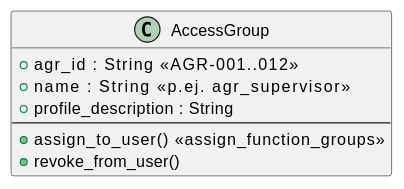
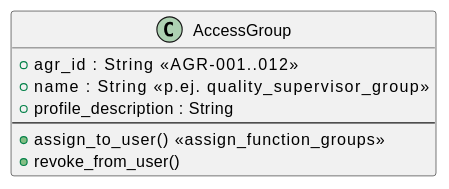
Before and after one commit to jcg-admin/IACT-docs: the diagram in source/arquitectura-tecnica/domain-model/access-group.rst, drawn with PlantUML. The commit also changed 13 other files, not shown here.

```diff
--- a/source/arquitectura-tecnica/domain-model/access-group.rst
+++ b/source/arquitectura-tecnica/domain-model/access-group.rst
@@ -25,15 +25,15 @@
 .. uml::
  :caption: Clase AccessGroup — perfil de acceso AGR del sistema IACT.
 
  @startuml
 
  class AccessGroup {
    + agr_id : String          <<AGR-001..012>>
-   + name : String            <<p.ej. agr_supervisor>>
+   + name : String            <<p.ej. quality_supervisor_group>>
    + profile_description : String
    --
    + assign_to_user()        <<assign_function_groups>>
    + revoke_from_user()
  }
 
  @enduml
```
